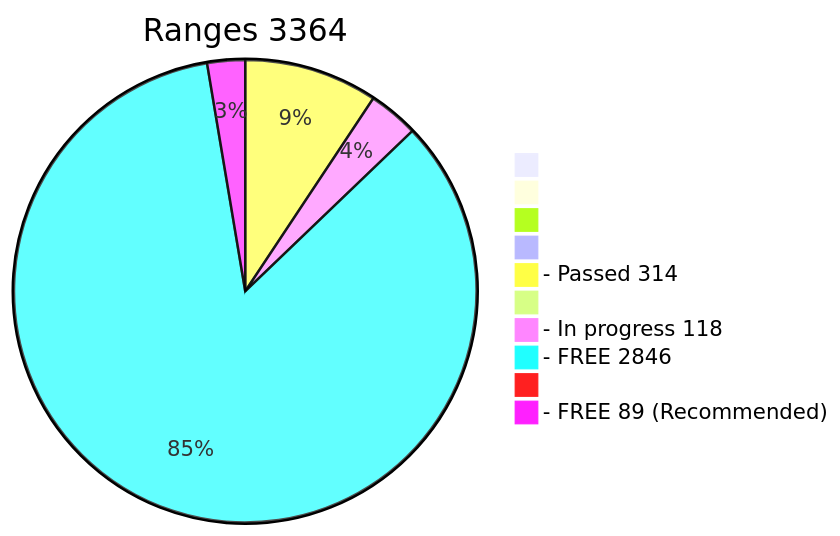
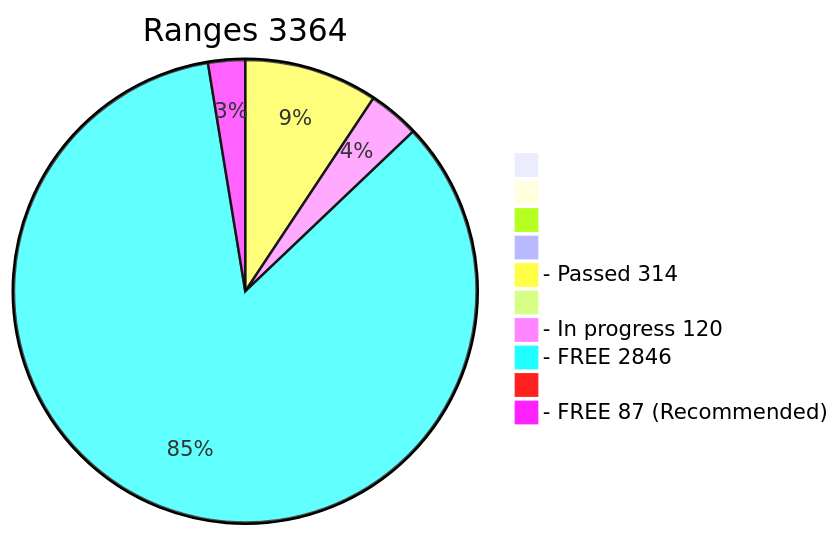
The diagram in x64/Release/table.md (phrutis/wif500), drawn with Mermaid before and after one commit. The commit also changed other lines of this file, not shown here.

````diff
--- a/x64/Release/table.md
+++ b/x64/Release/table.md
@@ -2,13 +2,13 @@
 ```mermaid
 pie title Ranges 3364
   " " : 0
   "  " : 0
   "   " : 0
   "    " : 0
   "- Passed 314" : 314
   "     " : 0
-  "- In progress 118" : 118
+  "- In progress 120" : 120
   "- FREE 2846" : 2846
   "      " : 0
-  "- FREE 89 (Recommended)" : 89
+  "- FREE 87 (Recommended)" : 87
 ```
````
